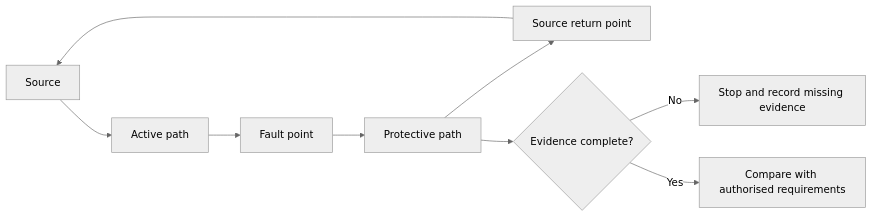
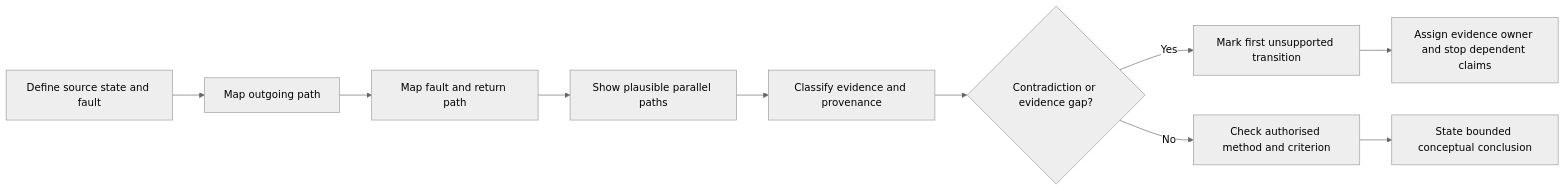
The first of 2 diagrams in docs/learning-plans/12-week/modules/day-31-fault-loop-reasoning-at-concept-level.md (andrew3stedall/capstone), drawn with Mermaid (neutral theme) before and after one commit. The commit also changed other lines of this file, not shown here.

Commit message:
Improve Day 31 fault-loop reasoning

````diff
--- a/docs/learning-plans/12-week/modules/day-31-fault-loop-reasoning-at-concept-level.md
+++ b/docs/learning-plans/12-week/modules/day-31-fault-loop-reasoning-at-concept-level.md
@@ -62,11 +100,12 @@
 ```mermaid
 flowchart LR
-    A[Source] --> B[Active path]
-    B --> C[Fault point]
-    C --> D[Protective path]
-    D --> E[Source return point]
-    E --> A
-    D --> F{Evidence complete?}
-    F -->|No| G[Stop and record missing evidence]
-    F -->|Yes| H[Compare with authorised requirements]
+    A[Define source state and fault] --> B[Map outgoing path]
+    B --> C[Map fault and return path]
+    C --> D[Show plausible parallel paths]
+    D --> E[Classify evidence and provenance]
+    E --> F{Contradiction or evidence gap?}
+    F -->|Yes| G[Mark first unsupported transition]
+    G --> H[Assign evidence owner and stop dependent claims]
+    F -->|No| I[Check authorised method and criterion]
+    I --> J[State bounded conceptual conclusion]
 ```
````
